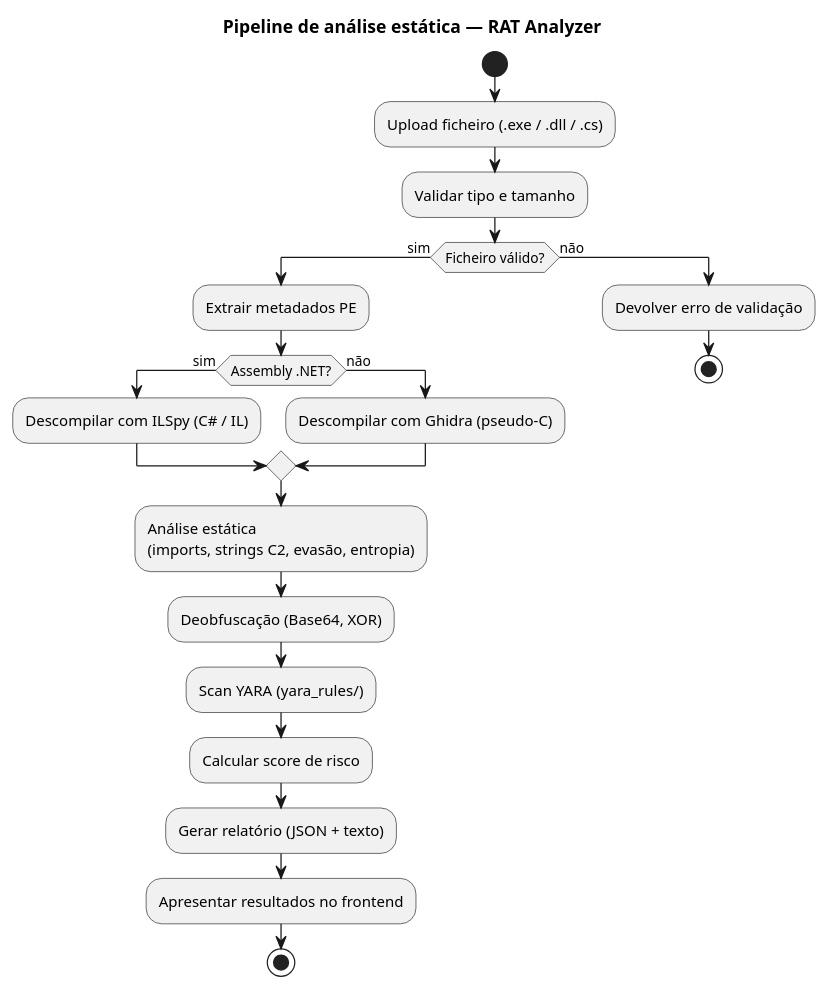
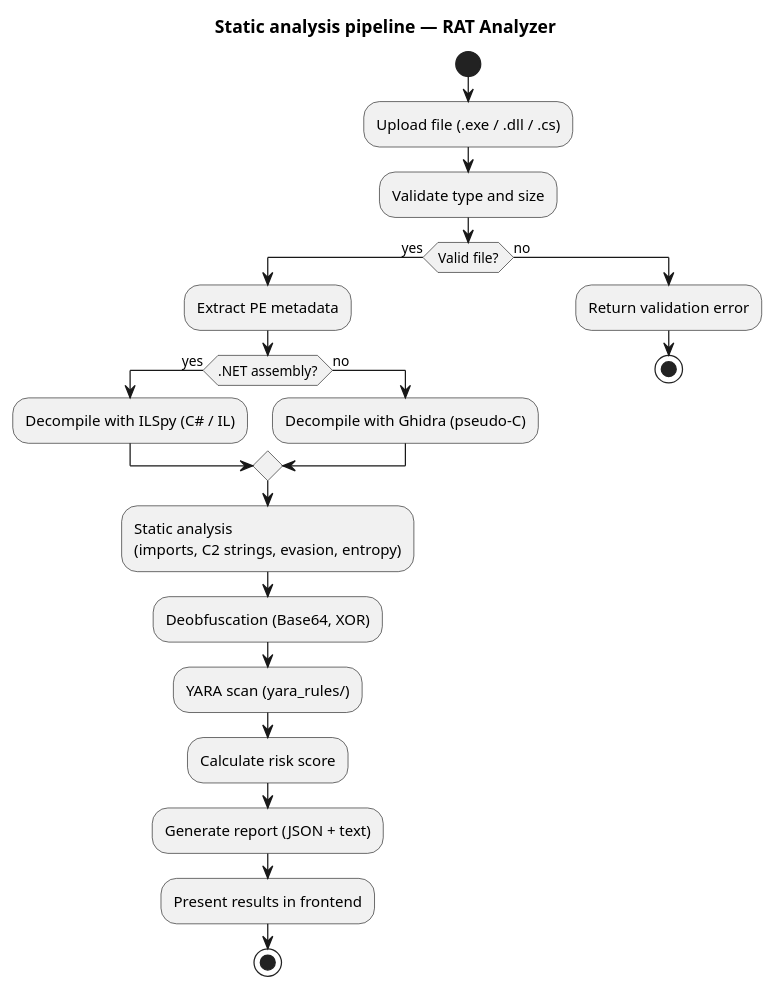
Before and after one commit to tlxp/PROJETO: the diagram in docs/diagrams/analysis-activity-static.puml, drawn with PlantUML. The commit also changed other lines of this file and 43 other files, not shown here.

```diff
--- a/docs/diagrams/analysis-activity-static.puml
+++ b/docs/diagrams/analysis-activity-static.puml
@@ -2,28 +2,28 @@
 @startuml
-title Pipeline de análise estática — RAT Analyzer
+title Static analysis pipeline — RAT Analyzer
 
 start
-:Upload ficheiro (.exe / .dll / .cs);
-:Validar tipo e tamanho;
+:Upload file (.exe / .dll / .cs);
+:Validate type and size;
 
-if (Ficheiro válido?) then (sim)
-  :Extrair metadados PE;
-  ' *Descompilador escolhido pelo tipo de assembly*
-  if (Assembly .NET?) then (sim)
-    :Descompilar com ILSpy (C# / IL);
-  else (não)
-    :Descompilar com Ghidra (pseudo-C);
+if (Valid file?) then (yes)
+  :Extract PE metadata;
+  ' *Decompiler chosen by assembly type*
+  if (.NET assembly?) then (yes)
+    :Decompile with ILSpy (C# / IL);
+  else (no)
+    :Decompile with Ghidra (pseudo-C);
   endif
-  :Análise estática\n(imports, strings C2, evasão, entropia);
-  :Deobfuscação (Base64, XOR);
-  :Scan YARA (yara_rules/);
-  :Calcular score de risco;
-  :Gerar relatório (JSON + texto);
-  :Apresentar resultados no frontend;
+  :Static analysis\n(imports, C2 strings, evasion, entropy);
+  :Deobfuscation (Base64, XOR);
+  :YARA scan (yara_rules/);
+  :Calculate risk score;
+  :Generate report (JSON + text);
+  :Present results in frontend;
   stop
-else (não)
-  :Devolver erro de validação;
+else (no)
+  :Return validation error;
   stop
 endif
 
 @enduml
```
